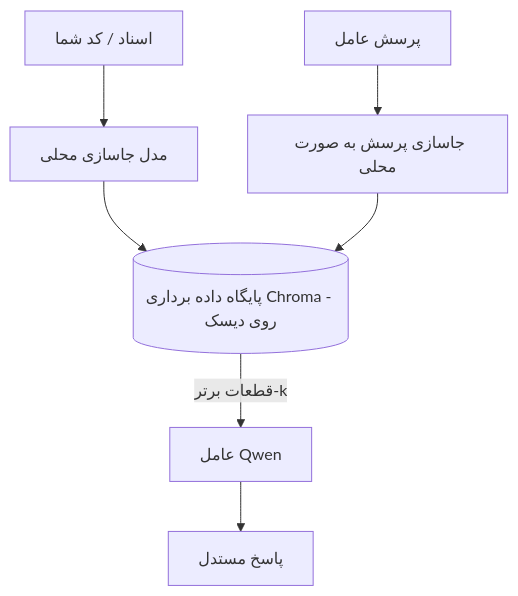
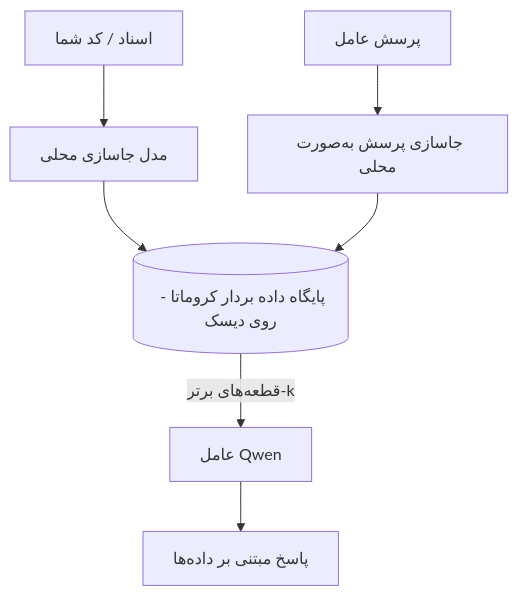
Before and after one commit to microsoft/ai-agents-for-beginners: the third of 4 diagrams in translations/fa/17-creating-local-ai-agents/README.md, drawn with Mermaid. The commit also changed other lines of this file and 47 other files, not shown here.

````diff
--- a/translations/fa/17-creating-local-ai-agents/README.md
+++ b/translations/fa/17-creating-local-ai-agents/README.md
@@ -125,9 +125,9 @@
 ```mermaid
 flowchart TB
     D[اسناد / کد شما] --> E[مدل جاسازی محلی]
-    E --> V[(پایگاه داده برداری Chroma - روی دیسک)]
-    Q[پرسش عامل] --> QE[جاسازی پرسش به صورت محلی]
+    E --> V[(پایگاه داده بردار کروماتا - روی دیسک)]
+    Q[پرسش عامل] --> QE[جاسازی پرسش به‌صورت محلی]
     QE --> V
-    V -->|قطعات برتر-k| A[عامل Qwen]
-    A --> Ans[پاسخ مستدل]
+    V -->|قطعه‌های برتر-k| A[عامل Qwen]
+    A --> Ans[پاسخ مبتنی بر داده‌ها]
 ```
````
